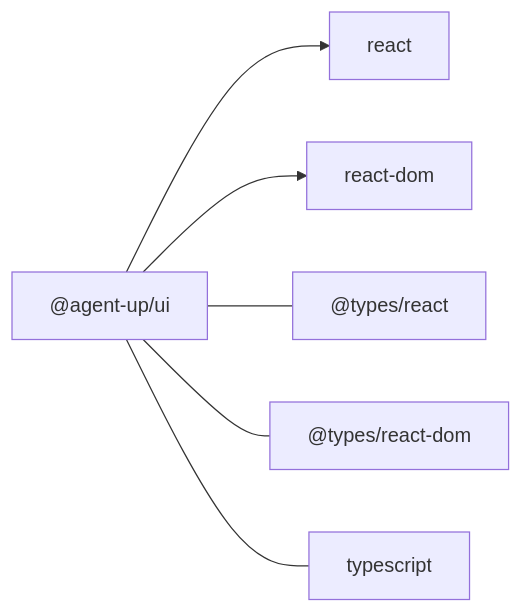
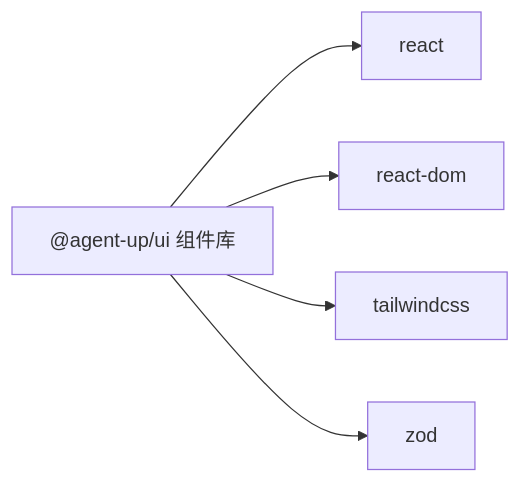
One commit to ai-guru-global/agent-up changed the third of 3 diagrams in .qoder/repowiki/zh/content/共享包开发/UI Component Library 包.md. Above: the diagram before and after it, drawn with Mermaid. The commit also changed other lines of this file and 13 other files, not shown here.

````diff
--- a/.qoder/repowiki/zh/content/共享包开发/UI Component Library 包.md
+++ b/.qoder/repowiki/zh/content/共享包开发/UI Component Library 包.md
@@ -293,14 +209,12 @@
 ```mermaid
 graph LR
-UI["@agent-up/ui"]
-R["react"]
-RD["react-dom"]
-TRT["@types/react"]
-TRD["@types/react-dom"]
-TSC["typescript"]
-UI --> R
-UI --> RD
-UI --- TRT
-UI --- TRD
-UI --- TSC
+UI["@agent-up/ui 组件库"]
+React["react"]
+ReactDOM["react-dom"]
+Tailwind["tailwindcss"]
+Zod["zod"]
+UI --> React
+UI --> ReactDOM
+UI --> Tailwind
+UI --> Zod
 ```
````
